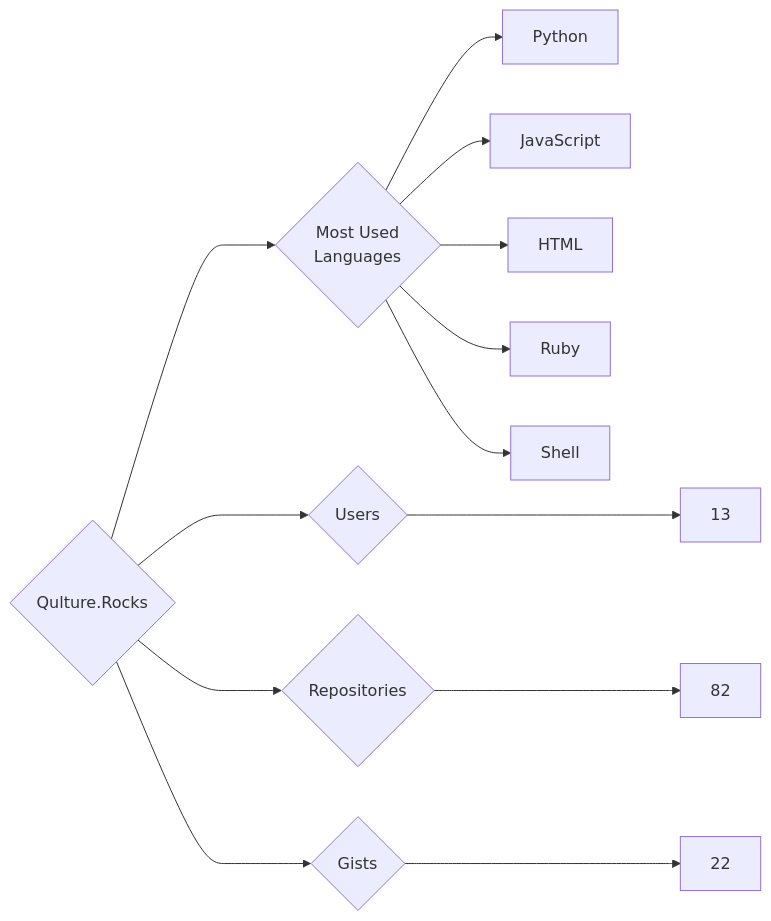
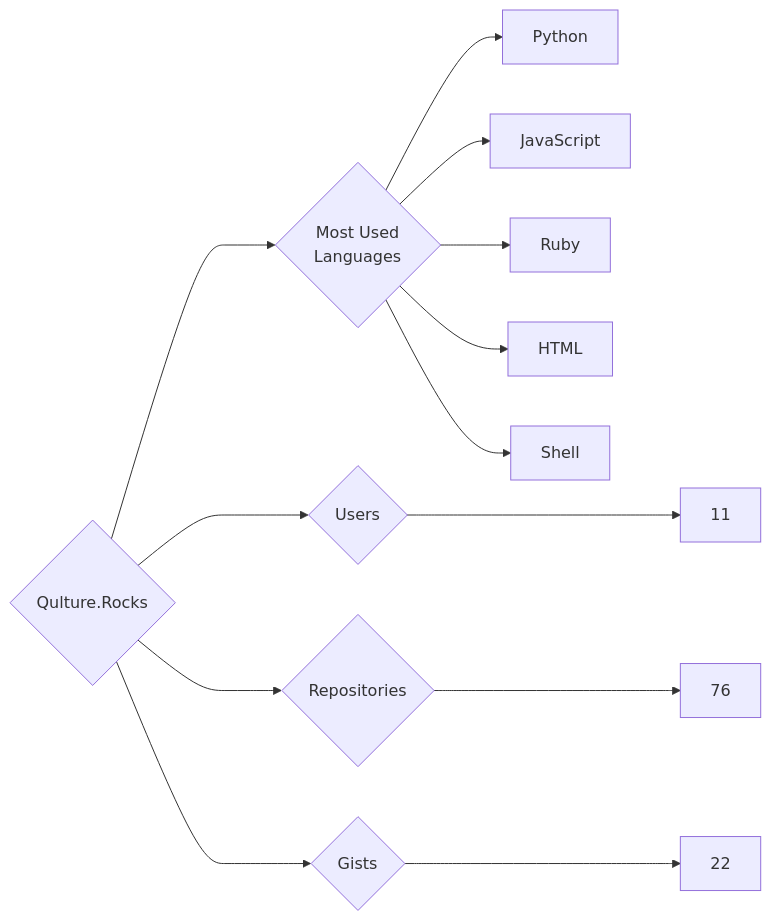
One commit to trickest/insiders changed the diagram in targets/Qulture.Rocks/README.md. Above: the diagram before and after it, drawn with Mermaid. The commit also changed 953 other files, not shown here.

````diff
--- a/targets/Qulture.Rocks/README.md
+++ b/targets/Qulture.Rocks/README.md
@@ -3,13 +3,13 @@
 ```mermaid
 graph LR
 COMPANY_NAME{Qulture.Rocks}
-COMPANY_NAME ---> U{Users} ---> UN[13]
-COMPANY_NAME ---> R{Repositories} ---> RN[82]
+COMPANY_NAME ---> U{Users} ---> UN[11]
+COMPANY_NAME ---> R{Repositories} ---> RN[76]
 COMPANY_NAME ---> G{Gists} ---> GN[22]
 COMPANY_NAME ---> ML{Most Used<br>Languages}
 ML --> Python[Python]
 ML --> JavaScript[JavaScript]
+ML --> Ruby[Ruby]
 ML --> HTML[HTML]
-ML --> Ruby[Ruby]
 ML --> Shell[Shell]
 ```
````
